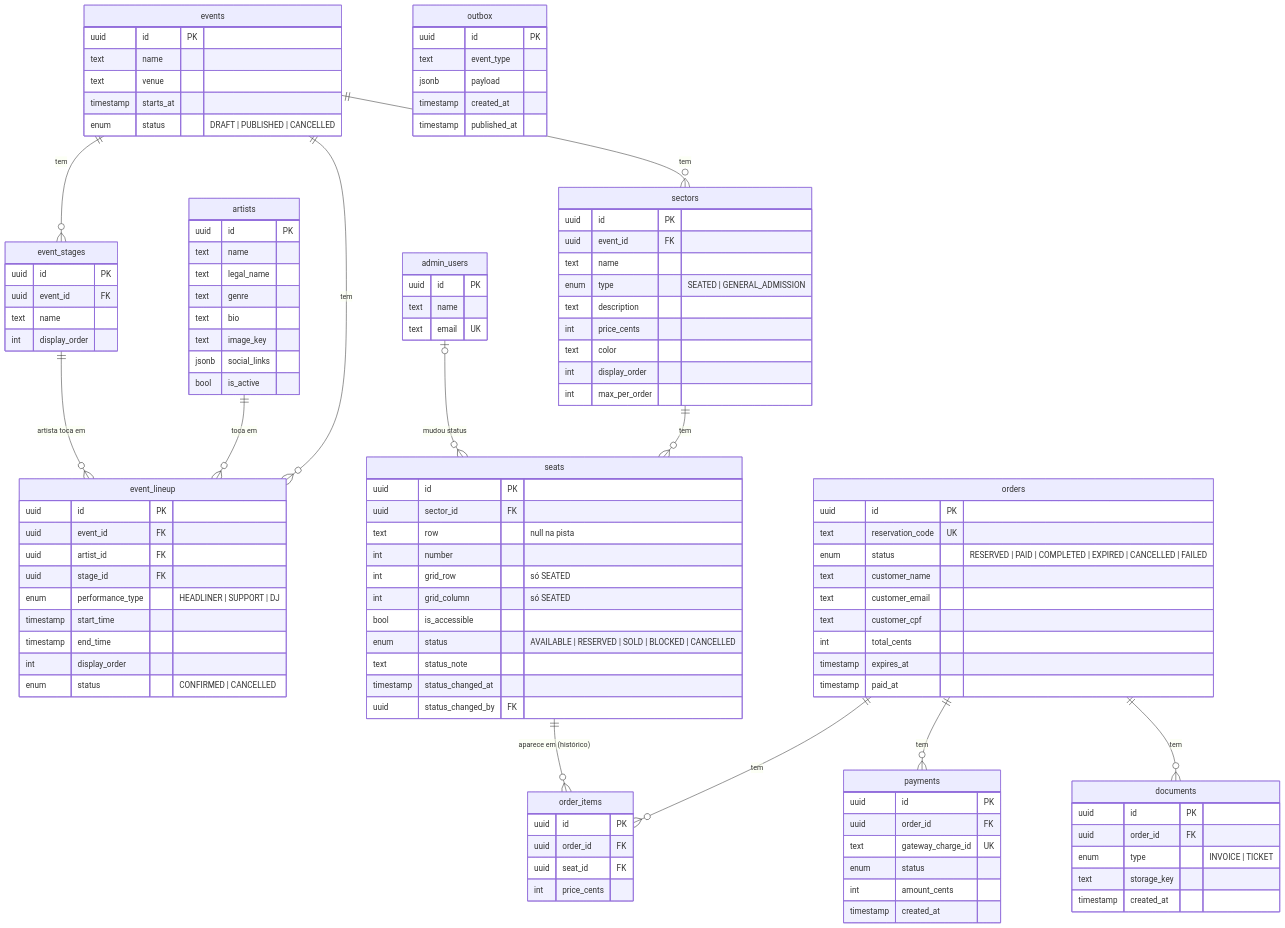
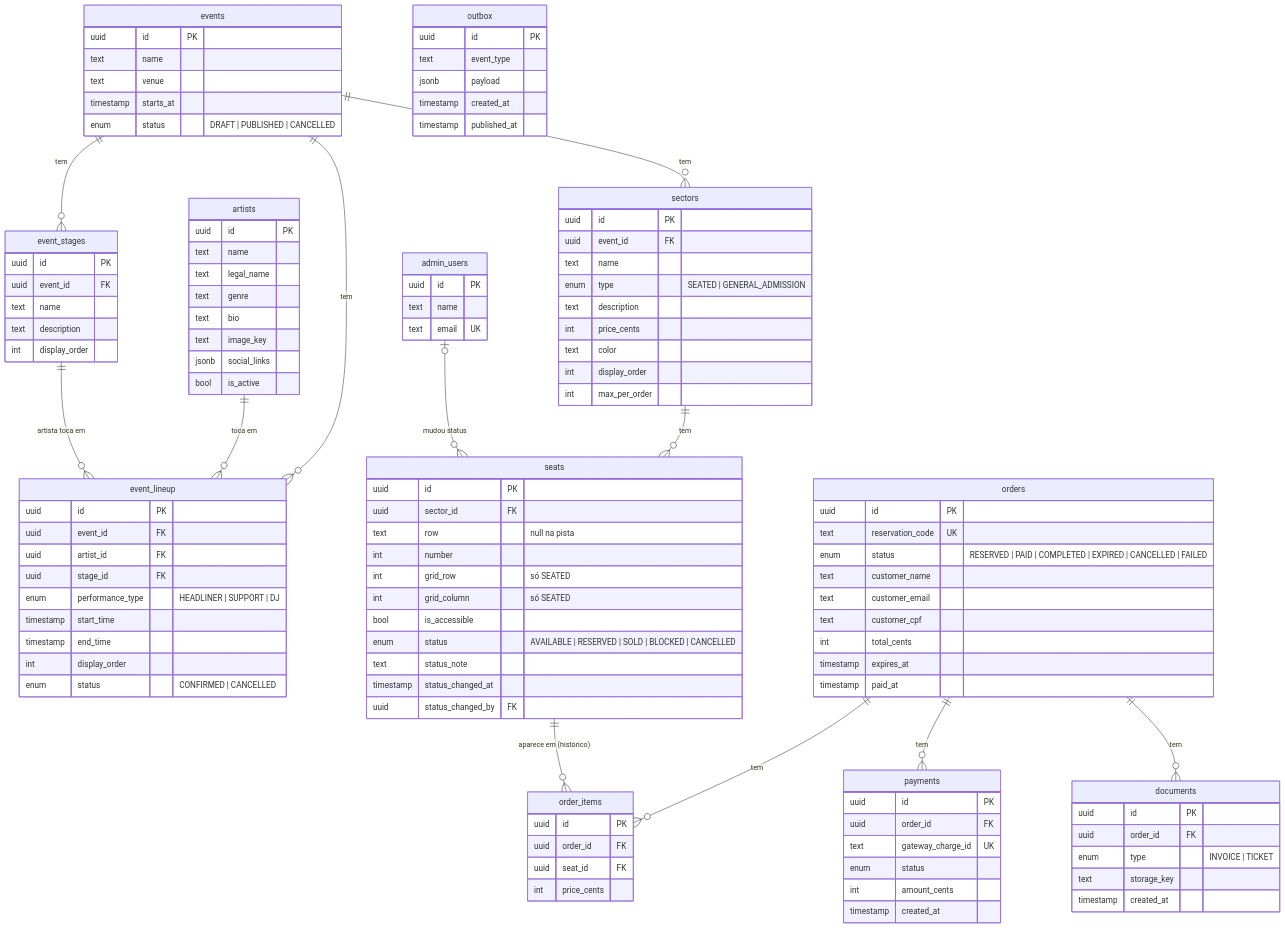
One commit to Dan1elz/ticketly changed the second of 2 diagrams in docs/arquitetura.md. Above: the diagram before and after it, drawn with Mermaid. The commit also changed other lines of this file and 46 other files, not shown here.

```diff
--- a/docs/arquitetura.md
+++ b/docs/arquitetura.md
@@ -150,6 +152,7 @@
         uuid id PK
         uuid event_id FK
         text name
+        text description
         int display_order
     }
     artists {
```
